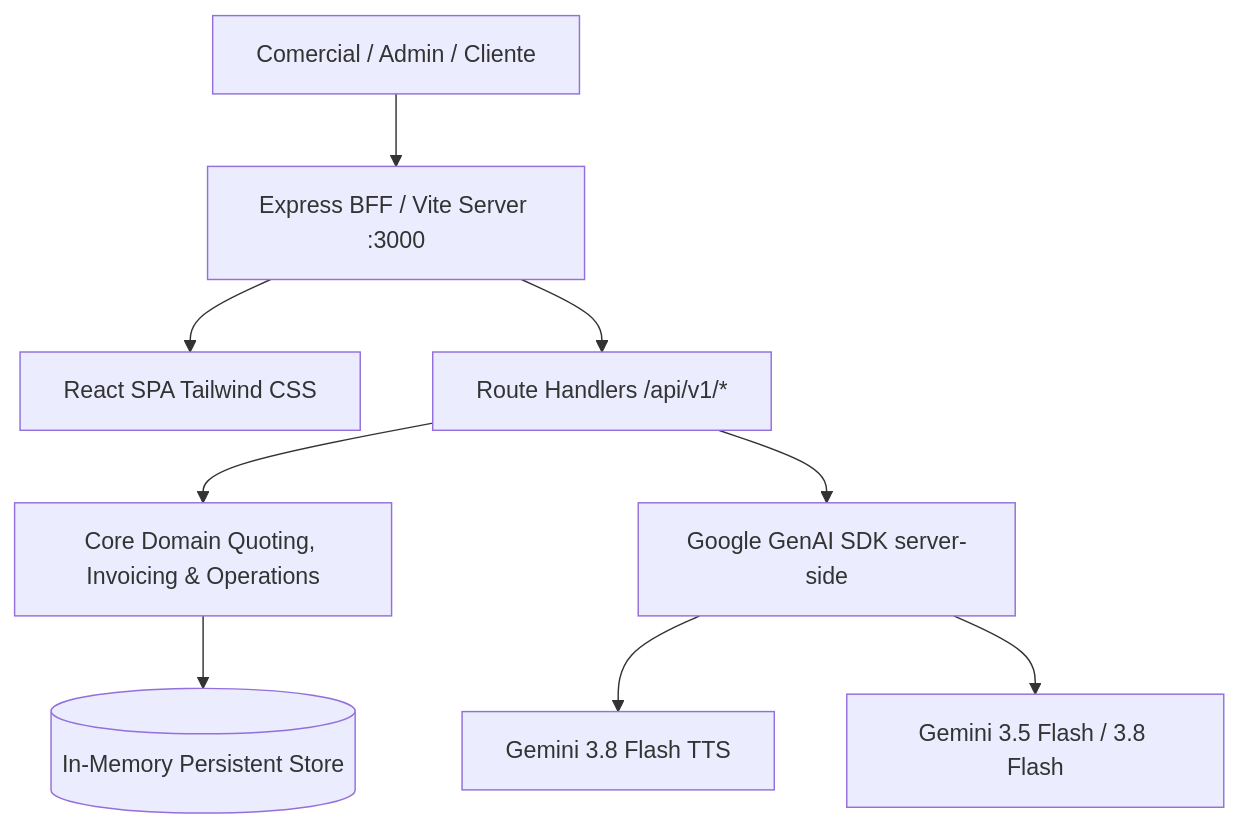
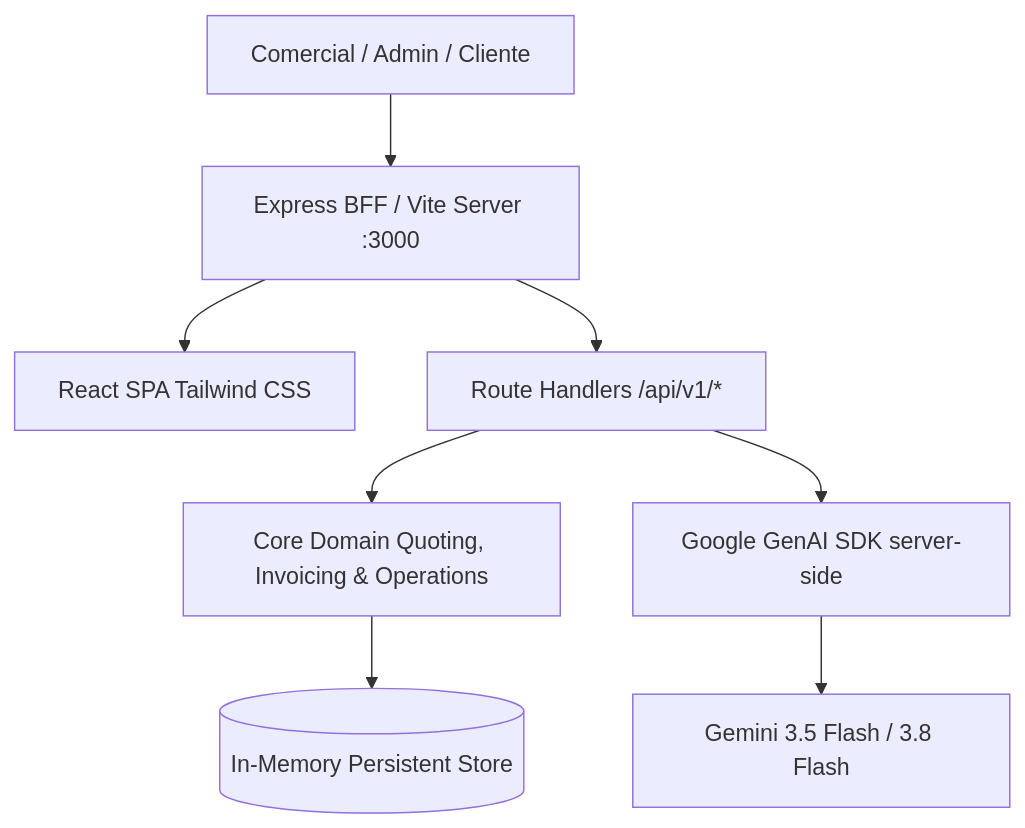
The fifth of 6 diagrams in README.md (D-Araya/Cotizador_), drawn with Mermaid before and after one commit. The commit also changed other lines of this file and 15 other files, not shown here.

First line of the commit message:
refactor: remove Gemini TTS module and update docs

````diff
--- a/README.md
+++ b/README.md
@@ -340,11 +339,10 @@
 ```mermaid
 graph TB
     User[Comercial / Admin / Cliente] --> BFF[Express BFF / Vite Server :3000]
     BFF --> Frontend[React SPA Tailwind CSS]
     BFF --> API[Route Handlers /api/v1/*]
     API --> Domain[Core Domain Quoting, Invoicing & Operations]
     Domain --> DB[(In-Memory Persistent Store)]
     API --> Gemini[Google GenAI SDK server-side]
-    Gemini --> TTS[Gemini 3.8 Flash TTS]
     Gemini --> Chat[Gemini 3.5 Flash / 3.8 Flash]
 ```
````
